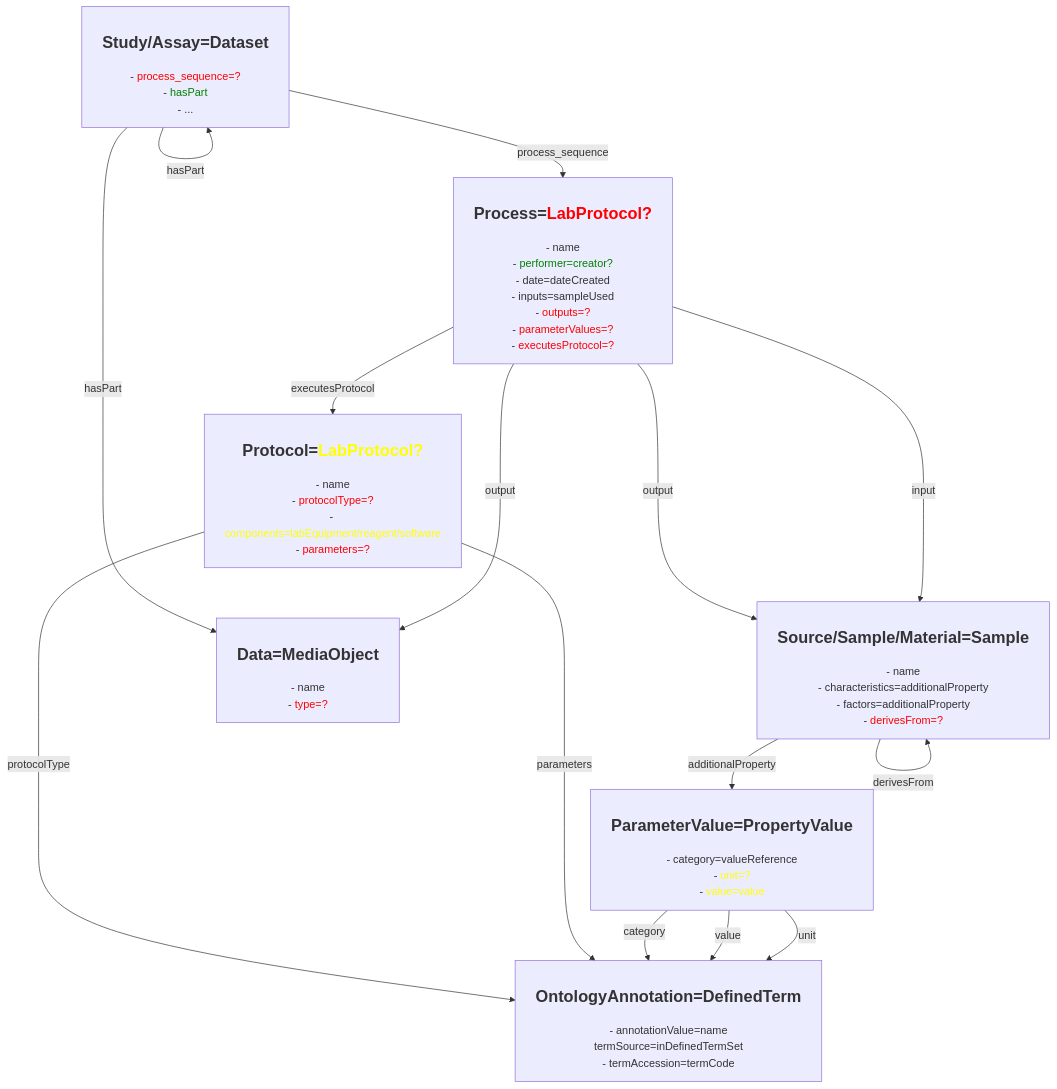
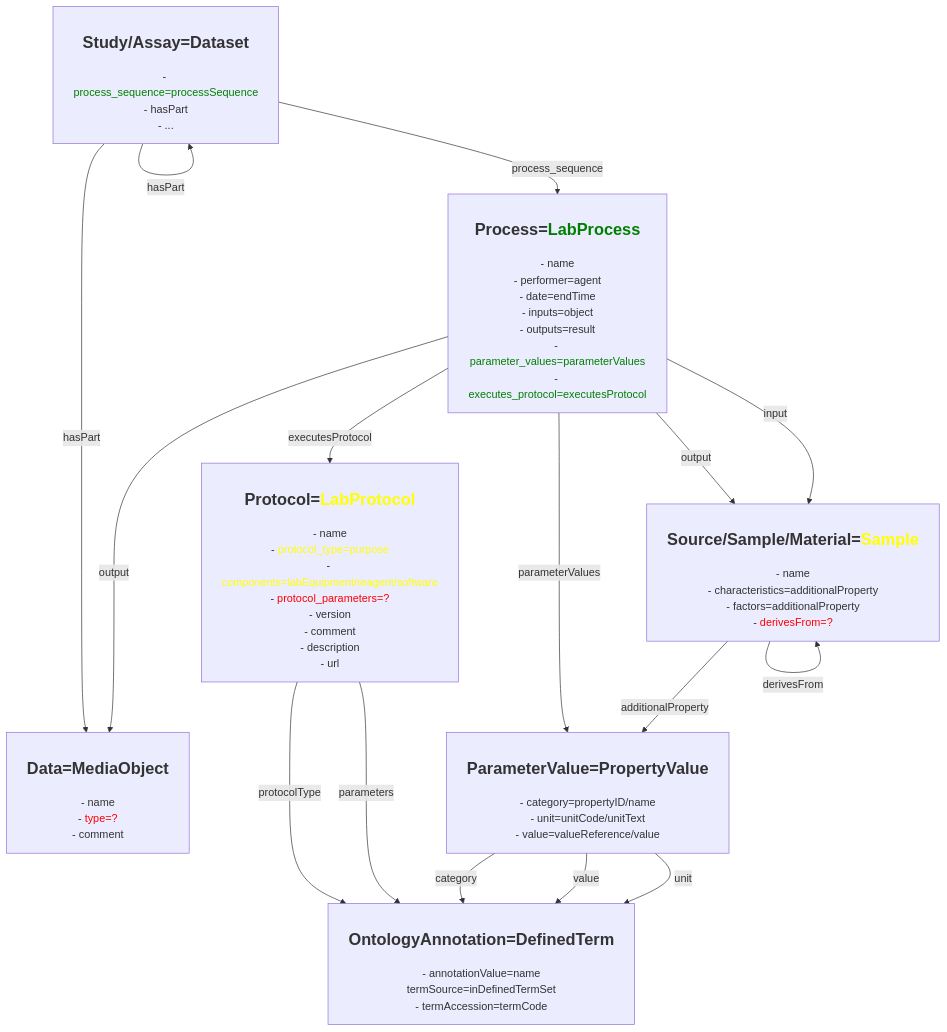
Before and after one commit to nfdi4plants/arc-to-rocrate: the diagram in schemas/README.md, drawn with Mermaid. The commit also changed other lines of this file, not shown here.

Commit message:
improved mapping diagram

````diff
--- a/schemas/README.md
+++ b/schemas/README.md
@@ -5,33 +5,38 @@
 ```mermaid
 flowchart TD
 
-dataset[<h2>Study/Assay=Dataset</h3>- <font color=red>process_sequence=?</font><br>- <font color=green>hasPart</font><br>- ...]
+dataset[<h2>Study/Assay=Dataset</h3>- <font color=green>process_sequence=processSequence</font><br>- hasPart<br>- ...]
 
-Process[<h2>Process=<font color=red>LabProtocol?</font></h2>- name<br>- <font color=green>performer=creator?</font><br>- date=dateCreated<br>- inputs=sampleUsed<br>- <font color=red>outputs=?</font><br>- <font color=red>parameterValues=?</font><br>- <font color=red>executesProtocol=?</font>]
+Process[<h2>Process=<font color=green>LabProcess</font></h2>- name<br>- performer=agent<br>- date=endTime<br>- inputs=object<br>- outputs=result<br>- <font color=green>parameter_values=parameterValues</font><br>- <font color=green>executes_protocol=executesProtocol</font>]
 
-Protocol[<h2>Protocol=<font color=yellow>LabProtocol?</font></h2>- name<br>- <font color=red>protocolType=?</font><br>- <font color=yellow>components=labEquipment/reagent/software</font><br>- <font color=red>parameters=?</font>]
+Protocol[<h2>Protocol=<font color=yellow>LabProtocol</font></h2>- name<br>- <font color=yellow>protocol_type=purpose</font><br>- <font color=yellow>components=labEquipment/reagent/software</font><br>- <font color=red>protocol_parameters=?</font><br>- version<br>- comment<br>- description<br>- url]
 
-BioSample[<h2>Source/Sample/Material=Sample</h2>- name<br>- characteristics=additionalProperty<br>- factors=additionalProperty<br>- <font color=red>derivesFrom=?</font>]
+BioSample[<h2>Source/Sample/Material=<font color=yellow>Sample</font></h2>- name<br>- characteristics=additionalProperty<br>- factors=additionalProperty<br>- <font color=red>derivesFrom=?</font>]
 
-DataFile[<h2>Data=MediaObject</h2>- name<br>- <font color=red>type=?</font>]
+DataFile[<h2>Data=MediaObject</h2>- name<br>- <font color=red>type=?</font><br>- comment]
 
 ont[<h2>OntologyAnnotation=DefinedTerm</h2>- annotationValue=name<br>termSource=inDefinedTermSet<br>- termAccession=termCode]
 
-prop[<h2>ParameterValue=PropertyValue</h2>- category=valueReference<br>- <font color=yellow>unit=?</font><br>- <font color=yellow>value=value</font>]
+prop[<h2>ParameterValue=PropertyValue</h2>- category=propertyID/name<br>- unit=unitCode/unitText<br>- value=valueReference/value]
 
 dataset --hasPart--> dataset
-dataset --hasPart--> DataFile
+dataset --hasPart----> DataFile
 dataset --process_sequence--> Process
+
 Process --"output"---> DataFile
 Process --"output"--> BioSample
-Process --input---> BioSample
+Process --input--> BioSample
+Process --executesProtocol--> Protocol
+Process --parameterValues---> prop
+
 BioSample --derivesFrom--> BioSample
-Process --executesProtocol--> Protocol
 BioSample --additionalProperty--> prop
-Protocol --protocolType----> ont
-Protocol --parameters----> ont
+
+Protocol --protocolType---> ont
+Protocol --parameters---> ont
+
 prop --category--> ont
 prop --value--> ont
 prop --unit--> ont
 
 ```
````
